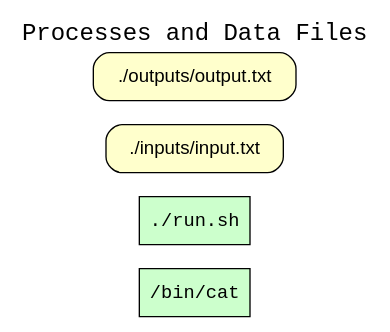
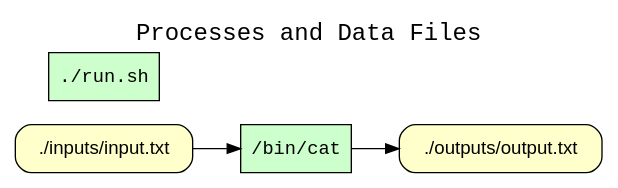
One commit to CIRSS/cpr changed the diagram in examples/05-cat-file-to-file/graphs/wt_processes_and_data_files.dot. Above: the diagram before and after it, drawn with Graphviz. The commit also changed 10 other files, not shown here.

Commit message:
Added file-process edges to new graph

```diff
--- a/examples/05-cat-file-to-file/graphs/wt_processes_and_data_files.dot
+++ b/examples/05-cat-file-to-file/graphs/wt_processes_and_data_files.dot
@@ -1,12 +1,14 @@
 
 digraph wt_run {
 rankdir=LR
 fontname=Courier; fontsize=18; labelloc=t
 label="Processes and Data Files"
 node[shape=box style="filled" fillcolor="#CCFFCC" peripheries=1 fontname=Courier]
 "exe:e2" [label="/bin/cat"]
 "exe:e1" [label="./run.sh"]
 node[shape=box style="rounded,filled" fillcolor="#FFFFCC" peripheries=1 fontname=Helvetica]
 "access:i18" [label="./inputs/input.txt"]
 "access:i10" [label="./outputs/output.txt"]
+"exe:e2" -> "access:i10"
+"access:i18" -> "exe:e2"
 }
```
